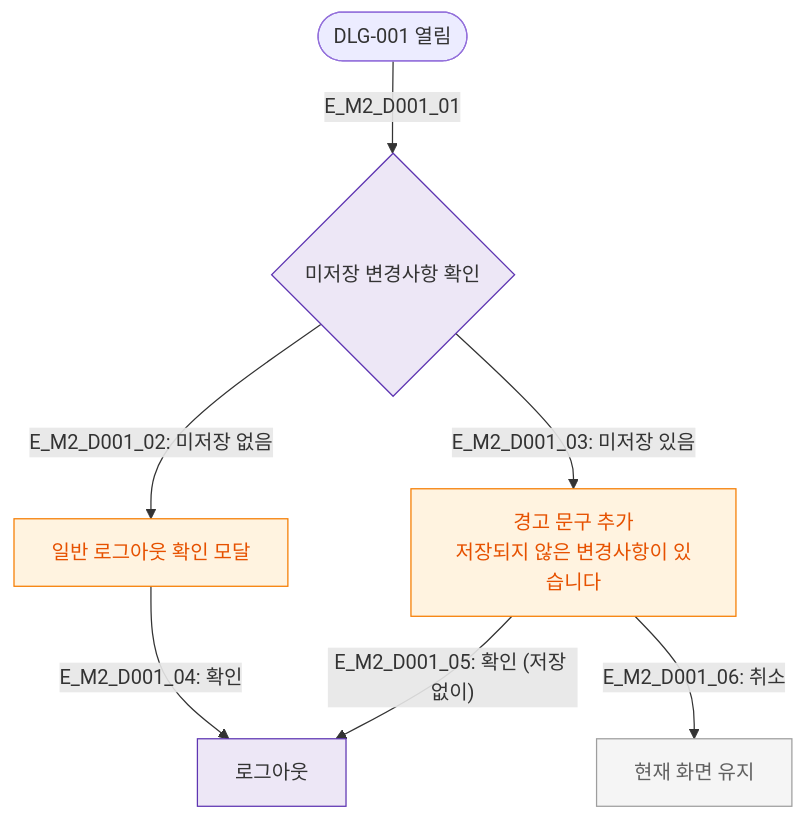
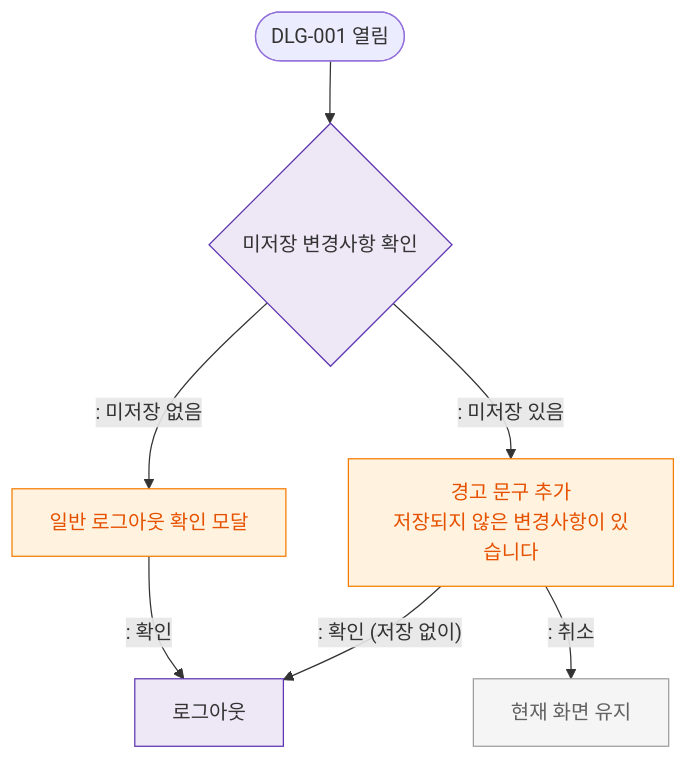
The diagram in docs/다이어그램/D01_공통/DLG/DLG-001_로그아웃확인/M2_필드검증.md (dev-spogym/admin-pando), drawn with Mermaid before and after one commit. The commit also changed other lines of this file and 1660 other files, not shown here.

First line of the commit message:
다이어그램: 기획자/클라이언트 납품본으로 정리

````diff
--- a/docs/다이어그램/D01_공통/DLG/DLG-001_로그아웃확인/M2_필드검증.md
+++ b/docs/다이어그램/D01_공통/DLG/DLG-001_로그아웃확인/M2_필드검증.md
@@ -19,19 +17,19 @@
 ```mermaid
 flowchart TD
-    OPEN([DLG-001 열림]) -->|E_M2_D001_01| CHECK{미저장 변경사항 확인}
+    OPEN([DLG-001 열림]) --> CHECK{미저장 변경사항 확인}
 
-    CHECK -->|"E_M2_D001_02: 미저장 없음"| NORMAL_MODAL[일반 로그아웃 확인 모달]
-    CHECK -->|"E_M2_D001_03: 미저장 있음"| WARN_MODAL[경고 문구 추가\n저장되지 않은 변경사항이 있습니다]
+    CHECK -->|": 미저장 없음"|NORMAL_MODAL[일반 로그아웃 확인 모달]
+    CHECK -->|": 미저장 있음"|WARN_MODAL[경고 문구 추가\n저장되지 않은 변경사항이 있습니다]
 
-    NORMAL_MODAL -->|"E_M2_D001_04: 확인"| LOGOUT[로그아웃]
-    WARN_MODAL -->|"E_M2_D001_05: 확인 (저장 없이)"| LOGOUT
-    WARN_MODAL -->|"E_M2_D001_06: 취소"| STAY[현재 화면 유지]
+    NORMAL_MODAL -->|": 확인"|LOGOUT[로그아웃]
+    WARN_MODAL -->|": 확인 (저장 없이)"|LOGOUT
+    WARN_MODAL -->|": 취소"|STAY[현재 화면 유지]
 
-    classDef modal   fill:#FFF3E0,stroke:#F57C00,color:#E65100
-    classDef system  fill:#EDE7F6,stroke:#5E35B2
+    classDef modal fill:#FFF3E0,stroke:#F57C00,color:#E65100
+    classDef system fill:#EDE7F6,stroke:#5E35B2
     classDef warning fill:#FFF8E1,stroke:#F9A825,color:#F57F17
     classDef rbacBlocked fill:#F5F5F5,stroke:#9E9E9E,color:#616161
     class NORMAL_MODAL,WARN_MODAL modal
     class CHECK,LOGOUT system
     class STAY rbacBlocked
 ```
````
